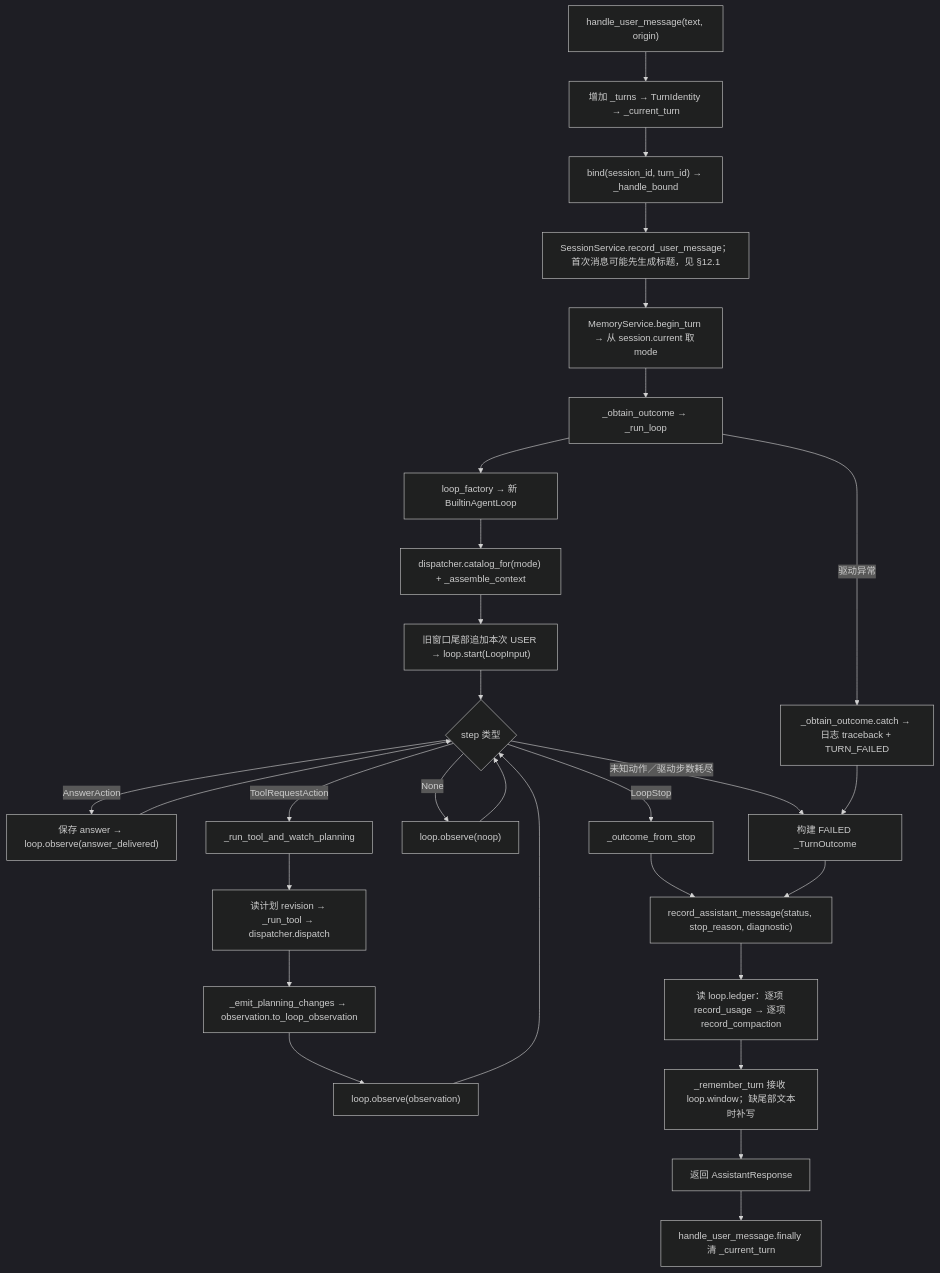
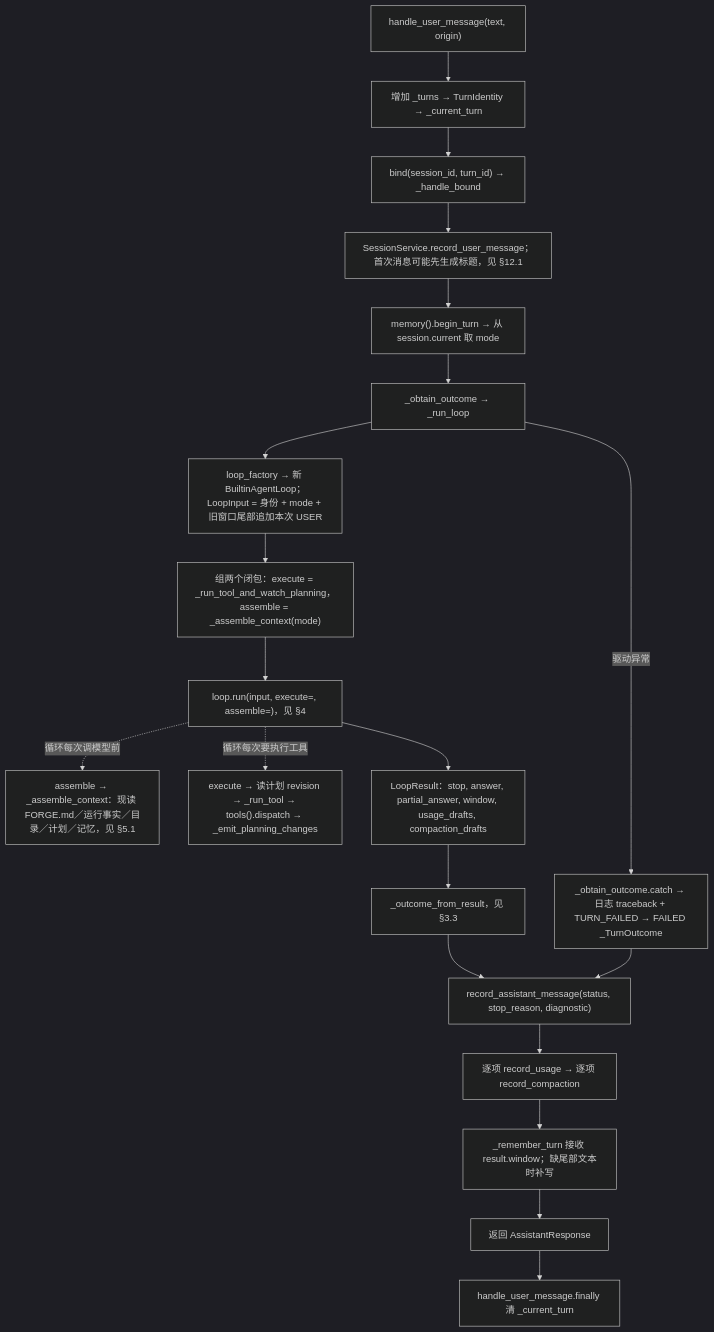
One commit to qubaolai/ForgeCLI changed the eighth of 54 diagrams in docs/06-代码阅读线路.md. Above: the diagram before and after it, drawn with Mermaid (dark theme). The commit also changed other lines of this file and 59 other files, not shown here.

````diff
--- a/docs/06-代码阅读线路.md
+++ b/docs/06-代码阅读线路.md
@@ -358,31 +373,22 @@
 ```mermaid
 flowchart TD
     A["handle_user_message(text, origin)"] --> B["增加 _turns → TurnIdentity → _current_turn"]
     B --> C["bind(session_id, turn_id) → _handle_bound"]
     C --> D["SessionService.record_user_message；首次消息可能先生成标题，见 §12.1"]
-    D --> E["MemoryService.begin_turn → 从 session.current 取 mode"]
+    D --> E["memory().begin_turn → 从 session.current 取 mode"]
     E --> F["_obtain_outcome → _run_loop"]
-    F --> G["loop_factory → 新 BuiltinAgentLoop"]
-    G --> H["dispatcher.catalog_for(mode) + _assemble_context"]
-    H --> I["旧窗口尾部追加本次 USER → loop.start(LoopInput)"]
-    I --> J{"step 类型"}
-    J -->|AnswerAction| K["保存 answer → loop.observe(answer_delivered)"]
-    K --> J
-    J -->|ToolRequestAction| L["_run_tool_and_watch_planning"]
-    L --> M["读计划 revision → _run_tool → dispatcher.dispatch"]
-    M --> N["_emit_planning_changes → observation.to_loop_observation"]
-    N --> O["loop.observe(observation)"]
-    O --> J
-    J -->|None| P["loop.observe(noop)"]
-    P --> J
-    J -->|LoopStop| Q["_outcome_from_stop"]
-    J -->|未知动作／驱动步数耗尽| R["构建 FAILED _TurnOutcome"]
-    F -->|驱动异常| S["_obtain_outcome.catch → 日志 traceback + TURN_FAILED"]
-    S --> R
-    Q --> T["record_assistant_message(status, stop_reason, diagnostic)"]
-    R --> T
-    T --> U["读 loop.ledger：逐项 record_usage → 逐项 record_compaction"]
-    U --> V["_remember_turn 接收 loop.window；缺尾部文本时补写"]
-    V --> W["返回 AssistantResponse"]
-    W --> X["handle_user_message.finally 清 _current_turn"]
+    F --> G["loop_factory → 新 BuiltinAgentLoop；LoopInput = 身份 + mode + 旧窗口尾部追加本次 USER"]
+    G --> H["组两个闭包：execute = _run_tool_and_watch_planning，assemble = _assemble_context(mode)"]
+    H --> I["loop.run(input, execute=, assemble=)，见 §4"]
+    I -.->|循环每次调模型前| J["assemble → _assemble_context：现读 FORGE.md／运行事实／目录／计划／记忆，见 §5.1"]
+    I -.->|循环每次要执行工具| K["execute → 读计划 revision → _run_tool → tools().dispatch → _emit_planning_changes"]
+    I --> L["LoopResult：stop, answer, partial_answer, window, usage_drafts, compaction_drafts"]
+    L --> M["_outcome_from_result，见 §3.3"]
+    F -->|驱动异常| N["_obtain_outcome.catch → 日志 traceback + TURN_FAILED → FAILED _TurnOutcome"]
+    M --> O["record_assistant_message(status, stop_reason, diagnostic)"]
+    N --> O
+    O --> P["逐项 record_usage → 逐项 record_compaction"]
+    P --> Q["_remember_turn 接收 result.window；缺尾部文本时补写"]
+    Q --> R["返回 AssistantResponse"]
+    R --> S["handle_user_message.finally 清 _current_turn"]
 ```
````
